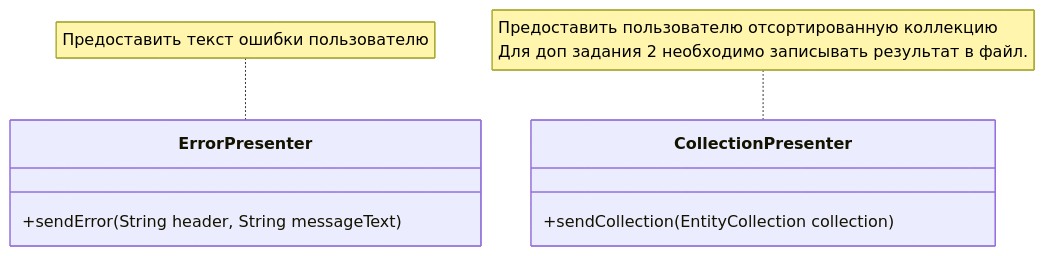
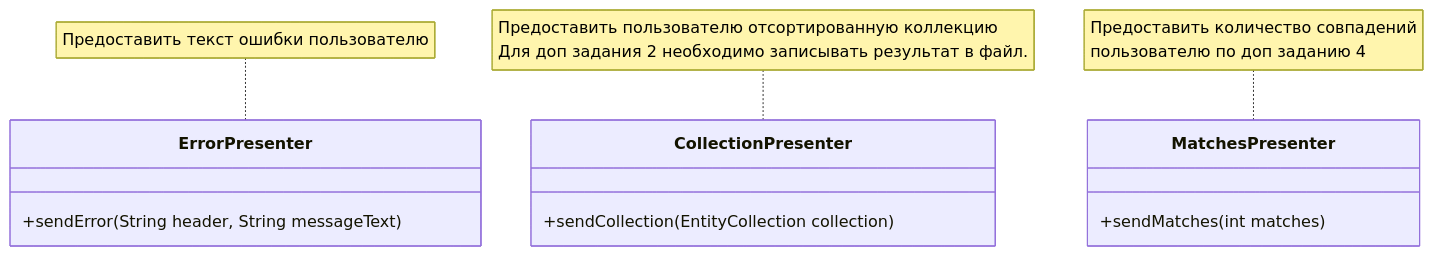
The second of 6 diagrams in README.md (ColAshN65/FirstTeamProject), drawn with Mermaid before and after one commit. The commit also changed other lines of this file, not shown here.

````diff
--- a/README.md
+++ b/README.md
@@ -50,15 +43,21 @@
 ```mermaid
 classDiagram
 
   note for ErrorPresenter "Предоставить текст ошибки пользователю"
   note for CollectionPresenter "Предоставить пользователю отсортированную коллекцию
   Для доп задания 2 необходимо записывать результат в файл."
+  note for MatchesPresenter "Предоставить количество совпадений 
+  пользователю по доп заданию 4"
 
   class ErrorPresenter {
     +sendError(String header, String messageText)
   }
 
   class CollectionPresenter {
     +sendCollection(EntityCollection collection)
   }
+
+  class MatchesPresenter {
+    +sendMatches(int matches)
+  }
 ```
````
